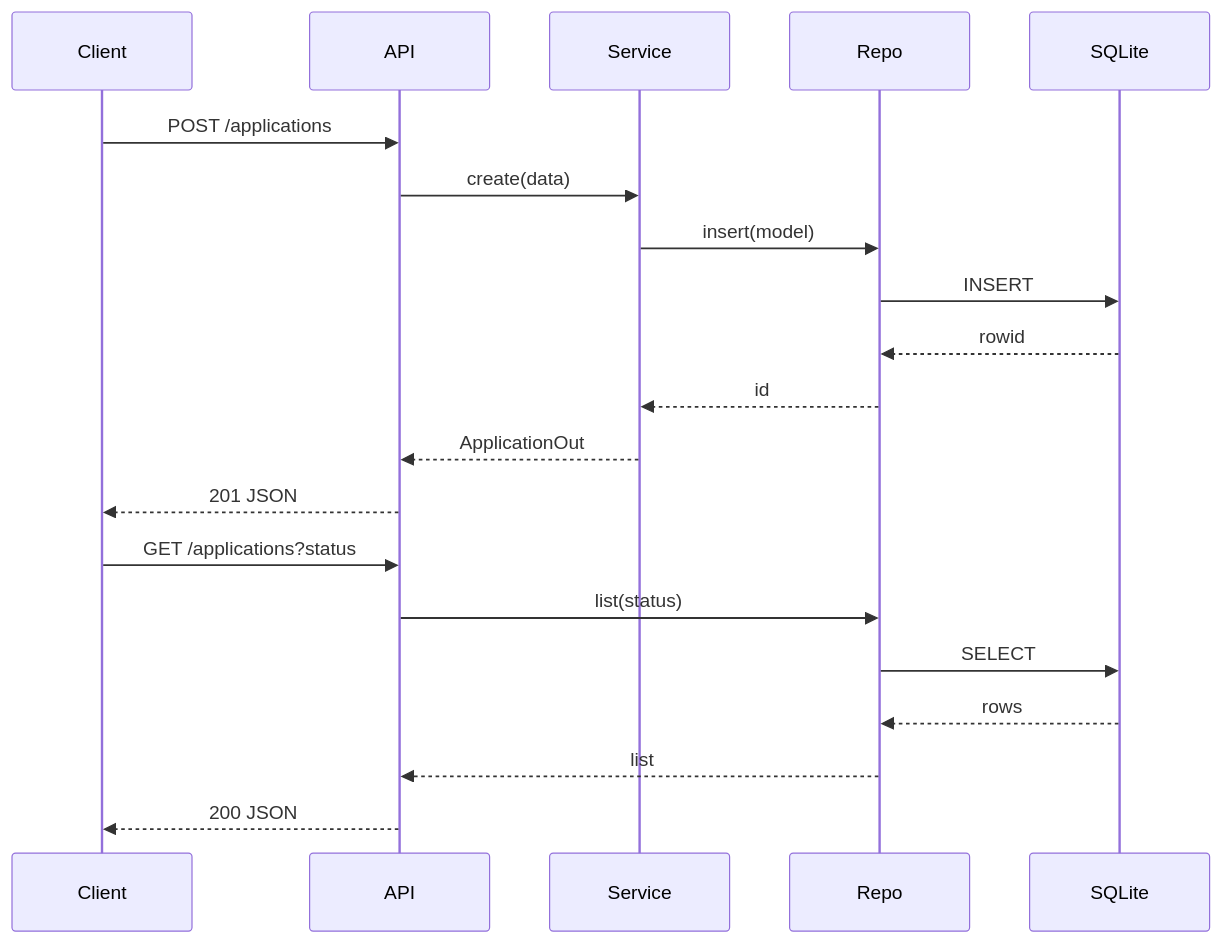
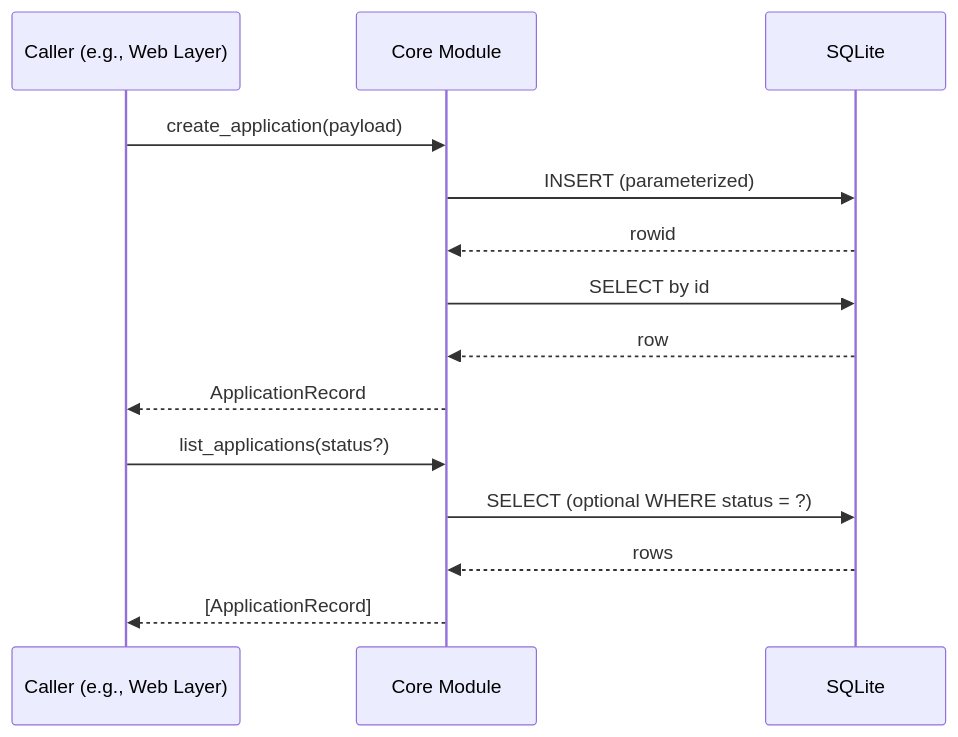
One commit to akissmann-prog/sdd-agent-demo changed the diagram in SCRUM-98/docs/design_scrum_99.md. Above: the diagram before and after it, drawn with Mermaid. The commit also changed other lines of this file, not shown here.

````diff
--- a/SCRUM-98/docs/design_scrum_99.md
+++ b/SCRUM-98/docs/design_scrum_99.md
@@ -42,23 +55,17 @@
 ```mermaid
 sequenceDiagram
-  participant client as Client
-  participant api as API
-  participant svc as Service
-  participant repo as Repo
+  participant client as Caller (e.g., Web Layer)
+  participant core as Core Module
   participant db as SQLite
-  client->>api: POST /applications
-  api->>svc: create(data)
-  svc->>repo: insert(model)
-  repo->>db: INSERT
-  db-->>repo: rowid
-  repo-->>svc: id
-  svc-->>api: ApplicationOut
-  api-->>client: 201 JSON
+  client->>core: create_application(payload)
+  core->>db: INSERT (parameterized)
+  db-->>core: rowid
+  core->>db: SELECT by id
+  db-->>core: row
+  core-->>client: ApplicationRecord
 
-  client->>api: GET /applications?status
-  api->>repo: list(status)
-  repo->>db: SELECT
-  db-->>repo: rows
-  repo-->>api: list
-  api-->>client: 200 JSON
+  client->>core: list_applications(status?)
+  core->>db: SELECT (optional WHERE status = ?)
+  db-->>core: rows
+  core-->>client: [ApplicationRecord]
 ```
````
